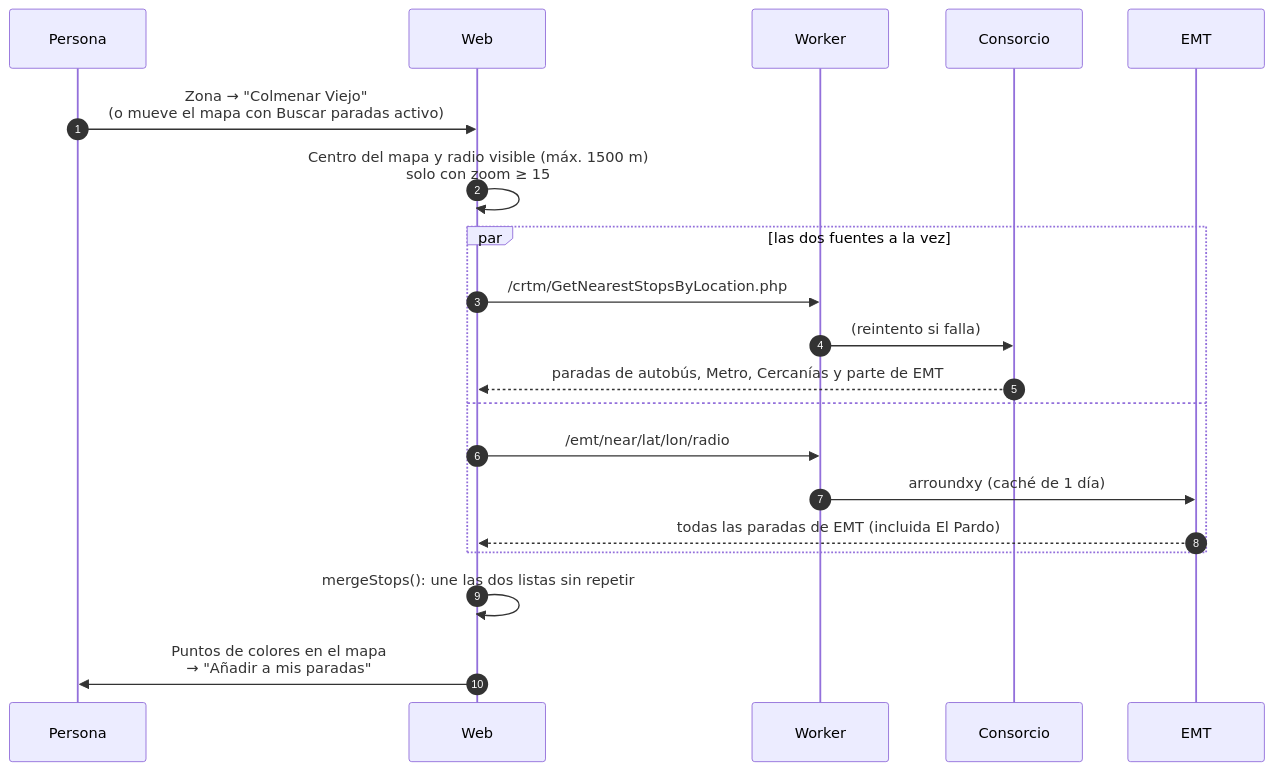
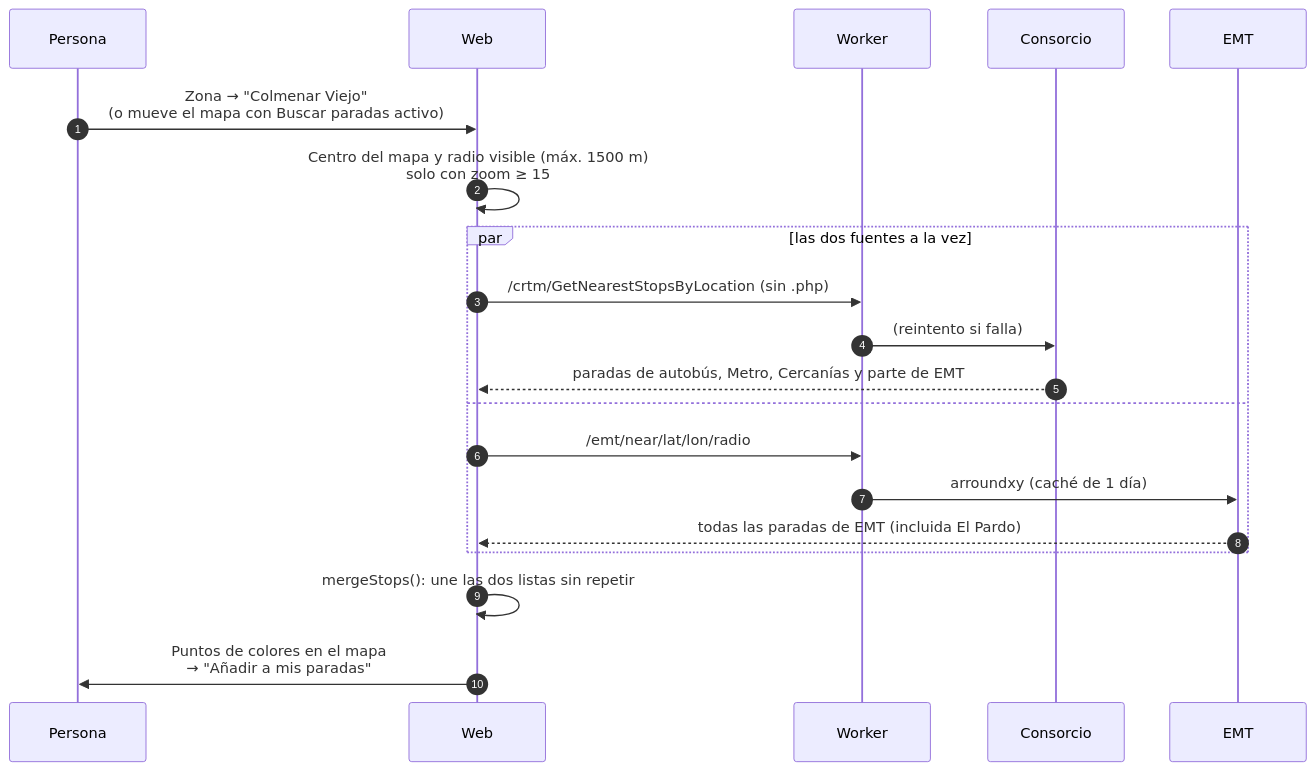
One commit to serbenda/marquesina changed diagram 11 of 33 in docs/REFERENCIA.md. Above: the diagram before and after it, drawn with Mermaid. The commit also changed other lines of this file and 19 other files, not shown here.

````diff
--- a/docs/REFERENCIA.md
+++ b/docs/REFERENCIA.md
@@ -312,22 +314,22 @@
 ```mermaid
 sequenceDiagram
   autonumber
   participant U as Persona
   participant W as Web
   participant K as Worker
   participant C as Consorcio
   participant E as EMT
   U->>W: Zona → "Colmenar Viejo"<br/>(o mueve el mapa con Buscar paradas activo)
   W->>W: Centro del mapa y radio visible (máx. 1500 m)<br/>solo con zoom ≥ 15
   par las dos fuentes a la vez
-    W->>K: /crtm/GetNearestStopsByLocation.php
+    W->>K: /crtm/GetNearestStopsByLocation (sin .php)
     K->>C: (reintento si falla)
     C-->>W: paradas de autobús, Metro, Cercanías y parte de EMT
   and
     W->>K: /emt/near/lat/lon/radio
     K->>E: arroundxy (caché de 1 día)
     E-->>W: todas las paradas de EMT (incluida El Pardo)
   end
   W->>W: mergeStops(): une las dos listas sin repetir
   W->>U: Puntos de colores en el mapa<br/>→ "Añadir a mis paradas"
 ```
````
